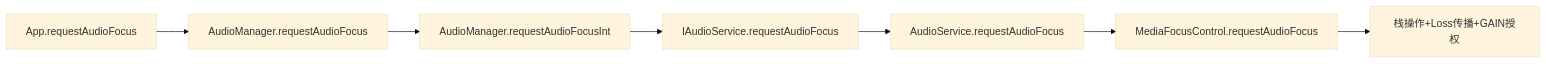
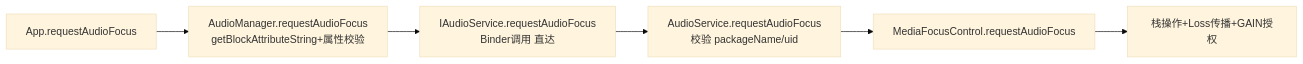
One commit to yanglinzhen1022/SA8295_AAOS_QNX_Audio_KnowledgeBase changed the third of 3 diagrams in 12_Audio_Focus_Deep_Dive/12_12.3_requestAudioFocus完整流程.md. Above: the diagram before and after it, drawn with Mermaid (base theme). The commit also changed other lines of this file and 14 other files, not shown here.

````diff
--- a/12_Audio_Focus_Deep_Dive/12_12.3_requestAudioFocus完整流程.md
+++ b/12_Audio_Focus_Deep_Dive/12_12.3_requestAudioFocus完整流程.md
@@ -366,9 +386,8 @@
 ```mermaid
 flowchart LR
-    A[App.requestAudioFocus] --> B[AudioManager.requestAudioFocus]
-    B --> C[AudioManager.requestAudioFocusInt]
-    C --> D[IAudioService.requestAudioFocus]
-    D --> E[AudioService.requestAudioFocus]
+    A[App.requestAudioFocus] --> B[AudioManager.requestAudioFocus<br/>getBlockAttributeString+属性校验]
+    B --> C[IAudioService.requestAudioFocus<br/>Binder调用 直达]
+    C --> E[AudioService.requestAudioFocus<br/>校验 packageName/uid]
     E --> F[MediaFocusControl.requestAudioFocus]
     F --> G[栈操作+Loss传播+GAIN授权]
 ```
````
